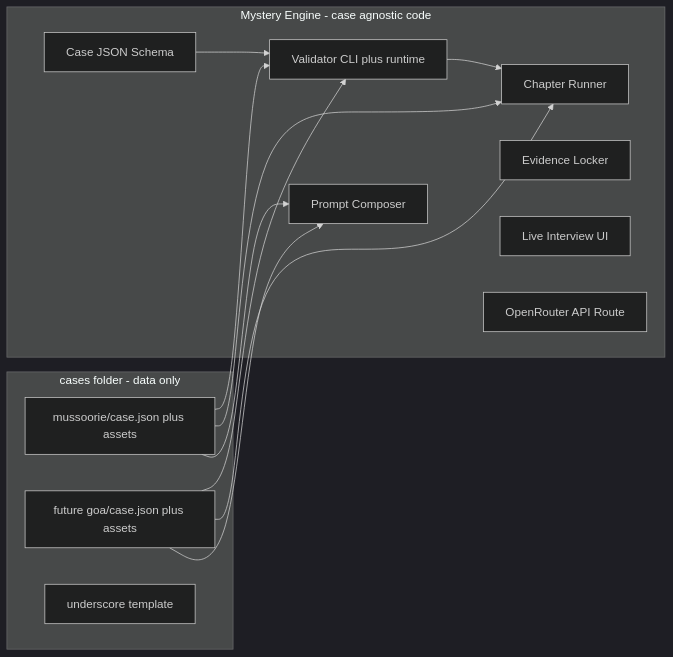
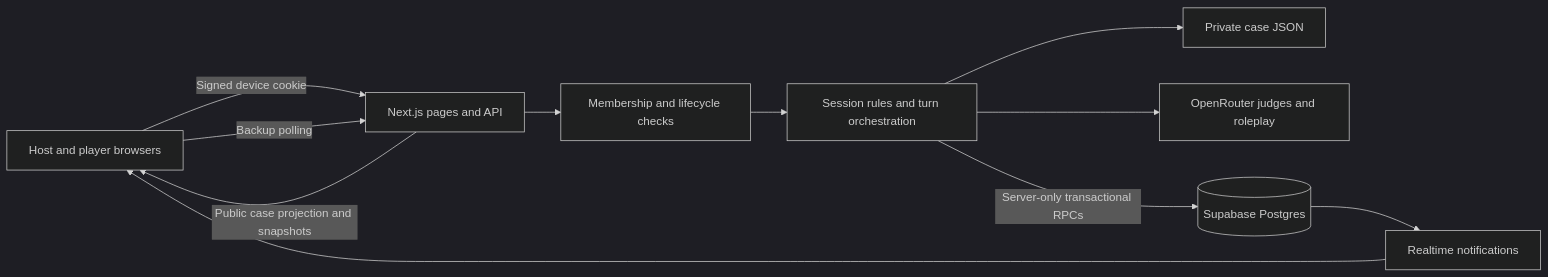
The first of 4 diagrams in docs/ARCHITECTURE.md (shashankraider/PartyGame), drawn with Mermaid (dark theme) before and after one commit. The commit also changed other lines of this file and 164 other files, not shown here.

````diff
--- a/docs/ARCHITECTURE.md
+++ b/docs/ARCHITECTURE.md
@@ -75,25 +7,13 @@
 ```mermaid
 flowchart LR
-  subgraph engine [Mystery Engine - case agnostic code]
-    Runner[Chapter Runner]
-    Locker[Evidence Locker]
-    Interview[Live Interview UI]
-    Compose[Prompt Composer]
-    API[OpenRouter API Route]
-    Validator[Validator CLI plus runtime]
-    Schema[Case JSON Schema]
-  end
-  subgraph casesData [cases folder - data only]
-    Mussoorie[mussoorie/case.json plus assets]
-    Goa[future goa/case.json plus assets]
-    Template[underscore template]
-  end
-  Schema --> Validator
-  Mussoorie --> Validator
-  Goa --> Validator
-  Validator --> Runner
-  Mussoorie --> Runner
-  Mussoorie --> Compose
-  Goa --> Runner
-  Goa --> Compose
+  Devices[Host and player browsers] -->|Signed device cookie| API[Next.js pages and API]
+  API --> Auth[Membership and lifecycle checks]
+  Auth --> Store[Session rules and turn orchestration]
+  Store --> Case[Private case JSON]
+  Store --> Models[OpenRouter judges and roleplay]
+  Store -->|Server-only transactional RPCs| DB[(Supabase Postgres)]
+  DB --> RT[Realtime notifications]
+  RT --> Devices
+  API -->|Public case projection and snapshots| Devices
+  Devices -->|Backup polling| API
 ```
````
